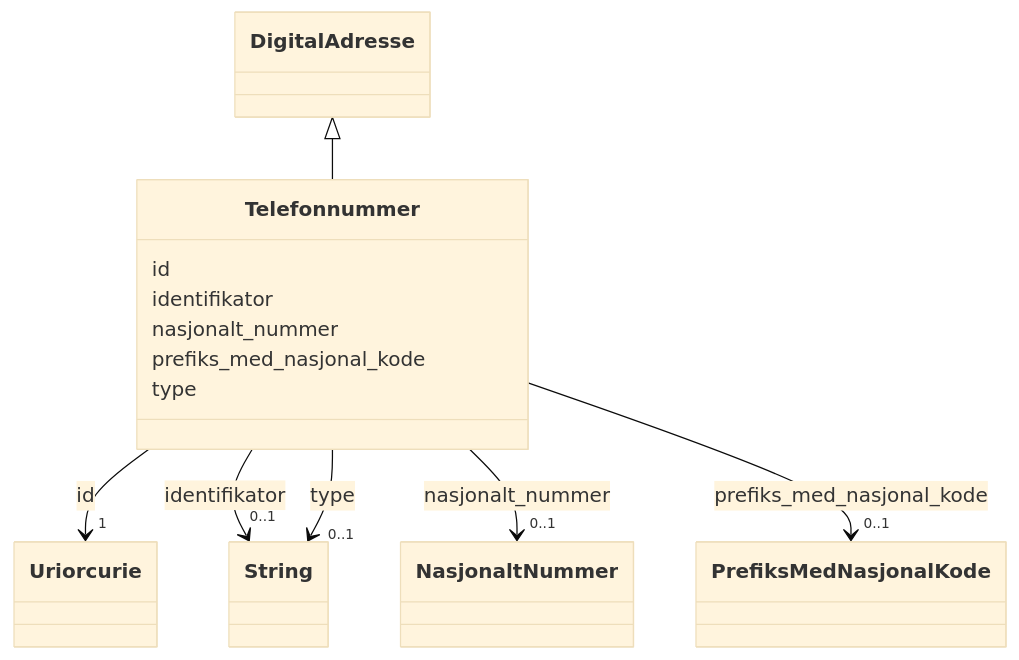
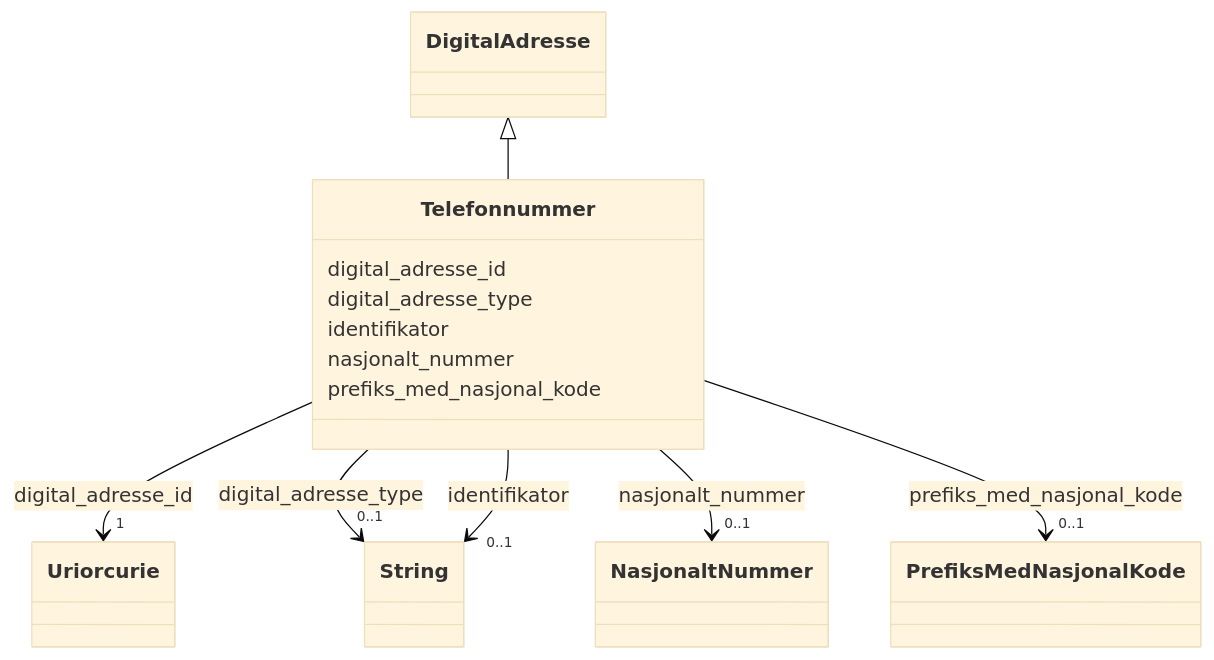
The diagram in mkdocs/docs/felles/brreg-felles-aktoer/klasser/telefonnummer.md (brreg/linkml-datamodellering-no), drawn with Mermaid (base theme) before and after one commit. The commit also changed other lines of this file and 340 other files, not shown here.

First line of the commit message:
feat(felles): splitt brreg-felles-adresse i geografisk og digital adresse

````diff
--- a/mkdocs/docs/felles/brreg-felles-aktoer/klasser/telefonnummer.md
+++ b/mkdocs/docs/felles/brreg-felles-aktoer/klasser/telefonnummer.md
@@ -18,64 +18,64 @@
 ```mermaid
  classDiagram
     class Telefonnummer
     click Telefonnummer href "../telefonnummer/"
       DigitalAdresse <|-- Telefonnummer
         click DigitalAdresse href "../digitaladresse/"
       
-      Telefonnummer : id
+      Telefonnummer : digital_adresse_id
         
           
     
         
         
-        Telefonnummer --> "1" Uriorcurie : id
+        Telefonnummer --> "1" Uriorcurie : digital_adresse_id
         click Uriorcurie href "http://www.w3.org/2001/XMLSchema#anyURI"
+    
+
+        
+      Telefonnummer : digital_adresse_type
+        
+          
+    
+        
+        
+        Telefonnummer --> "0..1" String : digital_adresse_type
+        click String href "http://www.w3.org/2001/XMLSchema#string"
     
 
         
       Telefonnummer : identifikator
         
           
     
         
         
         Telefonnummer --> "0..1" String : identifikator
         click String href "http://www.w3.org/2001/XMLSchema#string"
     
 
         
       Telefonnummer : nasjonalt_nummer
         
           
     
         
         
         Telefonnummer --> "0..1" NasjonaltNummer : nasjonalt_nummer
         click NasjonaltNummer href "../nasjonaltnummer/"
     
 
         
       Telefonnummer : prefiks_med_nasjonal_kode
         
           
     
         
         
         Telefonnummer --> "0..1" PrefiksMedNasjonalKode : prefiks_med_nasjonal_kode
         click PrefiksMedNasjonalKode href "../prefiksmednasjonalkode/"
     
 
         
-      Telefonnummer : type
-        
-          
-    
-        
-        
-        Telefonnummer --> "0..1" String : type
-        click String href "http://www.w3.org/2001/XMLSchema#string"
-    
-
-        
       
 ```
````
